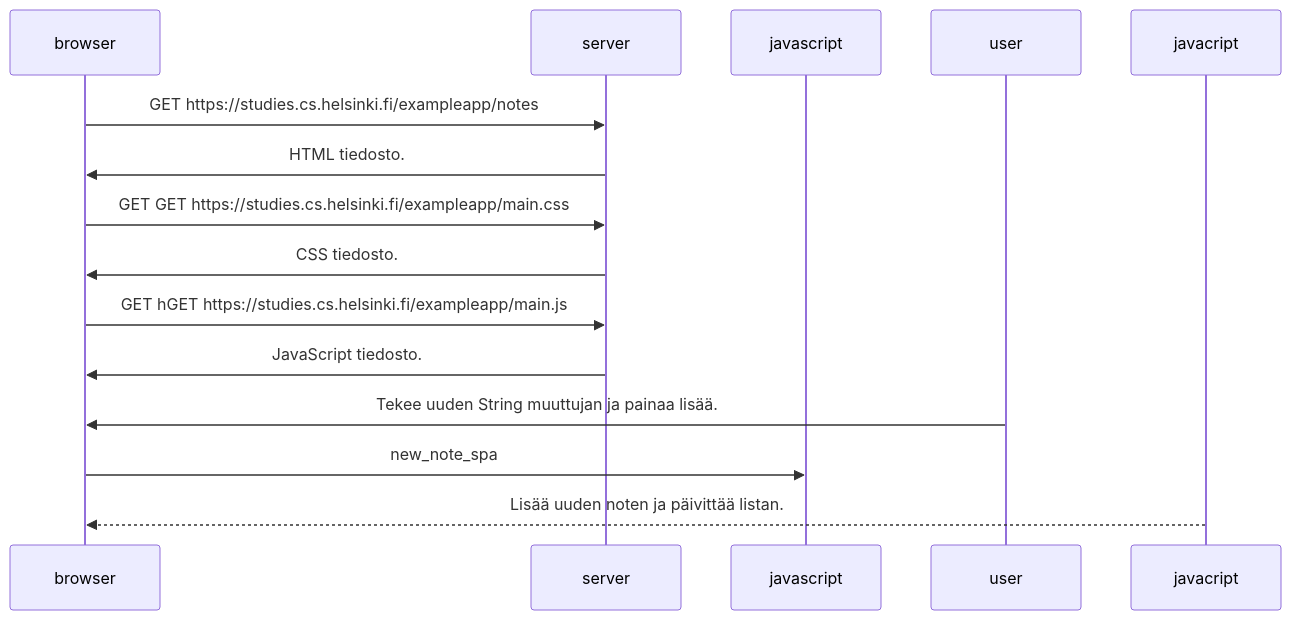
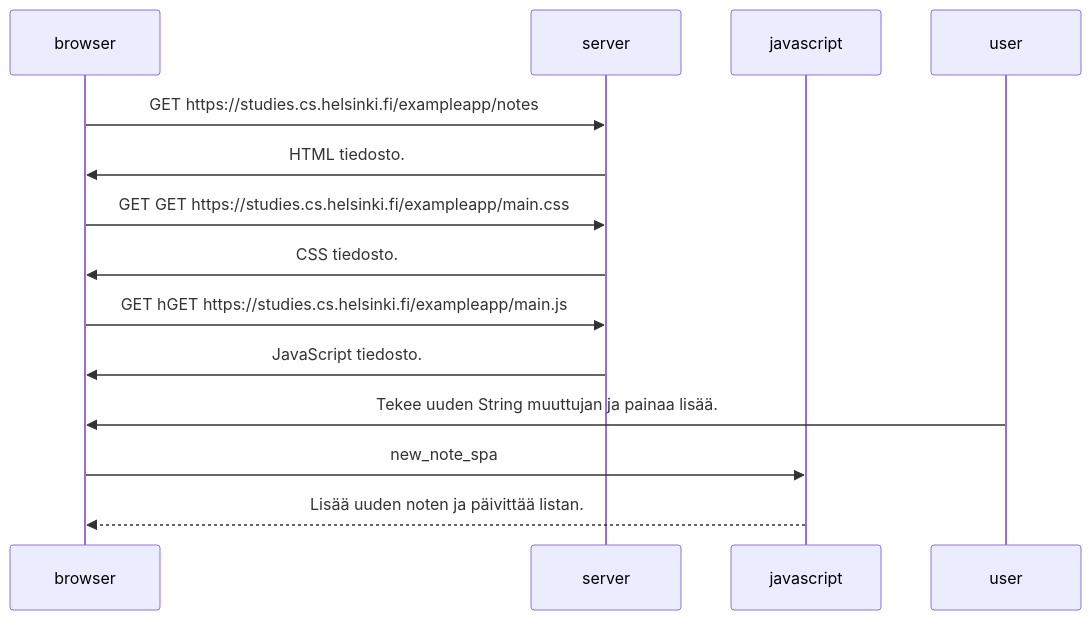
Before and after one commit to tailsUp/hyo_fullstack_kurssi: the diagram in viikko_0/tehtava_6.md, drawn with Mermaid.

````diff
--- a/viikko_0/tehtava_6.md
+++ b/viikko_0/tehtava_6.md
@@ -6,16 +6,16 @@
 ```mermaid
 sequenceDiagram
     participant browser
     participant server
     participant javascript
     participant user
     browser ->>server: GET https://studies.cs.helsinki.fi/exampleapp/notes
     server ->>browser: HTML tiedosto.
     browser ->>server: GET GET https://studies.cs.helsinki.fi/exampleapp/main.css
     server ->>browser: CSS tiedosto.
     browser ->>server: GET hGET https://studies.cs.helsinki.fi/exampleapp/main.js
     server ->>browser: JavaScript tiedosto.
     user ->>browser: Tekee uuden String muuttujan ja painaa lisää.
     browser->>javascript: new_note_spa
-    javacript-->>browser: Lisää uuden noten ja päivittää listan.
+    javascript-->>browser: Lisää uuden noten ja päivittää listan.
 ```
````
